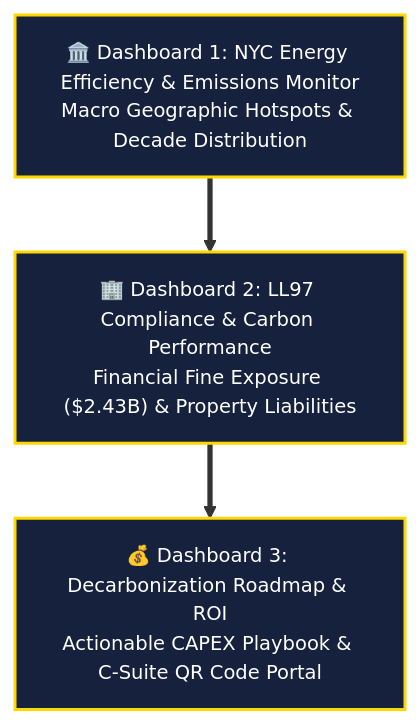
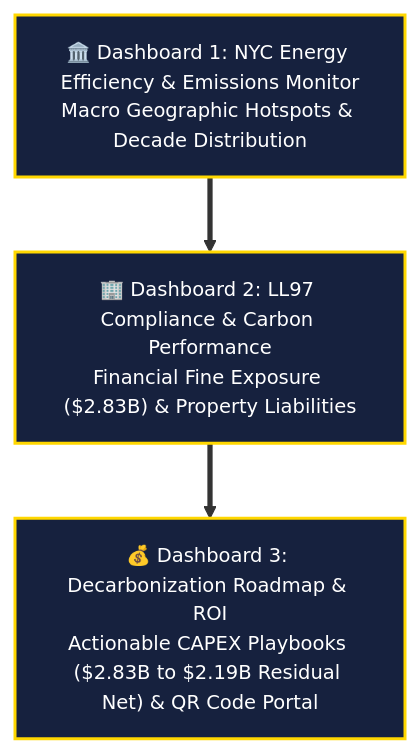
Before and after one commit to Huda-Amr/carbon-heist-mitigation: the diagram in Tableau/README.md, drawn with Mermaid. The commit also changed other lines of this file and 13 other files, not shown here.

````diff
--- a/Tableau/README.md
+++ b/Tableau/README.md
@@ -34,8 +34,8 @@
 ```mermaid
 graph TD
-    A["🏛️ Dashboard 1: NYC Energy Efficiency & Emissions Monitor\nMacro Geographic Hotspots & Decade Distribution"] ==> B["🏢 Dashboard 2: LL97 Compliance & Carbon Performance\nFinancial Fine Exposure ($2.43B) & Property Liabilities"]
-    B ==> C["💰 Dashboard 3: Decarbonization Roadmap & ROI\nActionable CAPEX Playbook & C-Suite QR Code Portal"]
+    A["🏛️ Dashboard 1: NYC Energy Efficiency & Emissions Monitor\nMacro Geographic Hotspots & Decade Distribution"] ==> B["🏢 Dashboard 2: LL97 Compliance & Carbon Performance\nFinancial Fine Exposure ($2.83B) & Property Liabilities"]
+    B ==> C["💰 Dashboard 3: Decarbonization Roadmap & ROI\nActionable CAPEX Playbooks ($2.83B to $2.19B Residual Net) & QR Code Portal"]
 
     classDef dash fill:#16213E,stroke:#FFD700,stroke-width:2px,color:#FFFFFF,font-size:13px
     class A,B,C dash
 ```
````
